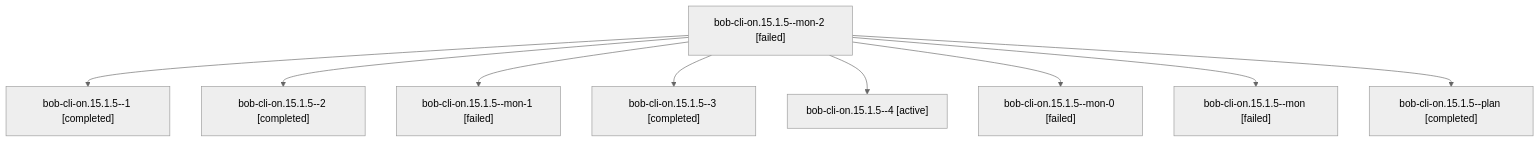
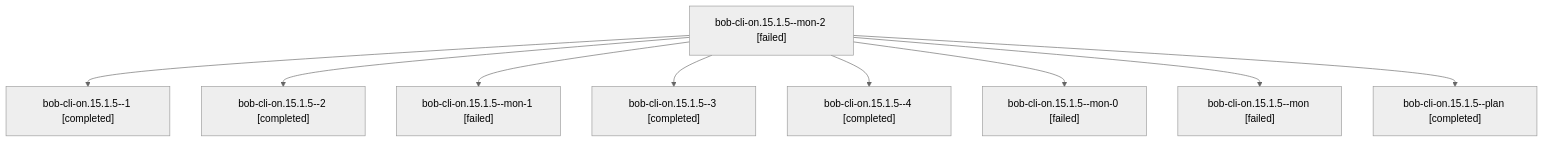
One commit to bobs-org/bob-cli--agents changed the diagram in sessions/bbugyi200.athena.bob-cli-on.15.1.5.md. Above: the diagram before and after it, drawn with Mermaid (neutral theme). The commit also changed other lines of this file and 180 other files, not shown here.

````diff
--- a/sessions/bbugyi200.athena.bob-cli-on.15.1.5.md
+++ b/sessions/bbugyi200.athena.bob-cli-on.15.1.5.md
@@ -9,20 +9,20 @@
 ```mermaid
 flowchart TD
   n0["bob-cli-on.15.1.5--mon-2 [failed]"]
   n1["bob-cli-on.15.1.5--1 [completed]"]
   n0 --> n1
   n2["bob-cli-on.15.1.5--2 [completed]"]
   n0 --> n2
   n3["bob-cli-on.15.1.5--mon-1 [failed]"]
   n0 --> n3
   n4["bob-cli-on.15.1.5--3 [completed]"]
   n0 --> n4
-  n5["bob-cli-on.15.1.5--4 [active]"]
+  n5["bob-cli-on.15.1.5--4 [completed]"]
   n0 --> n5
   n6["bob-cli-on.15.1.5--mon-0 [failed]"]
   n0 --> n6
   n7["bob-cli-on.15.1.5--mon [failed]"]
   n0 --> n7
   n8["bob-cli-on.15.1.5--plan [completed]"]
   n0 --> n8
 ```
````
